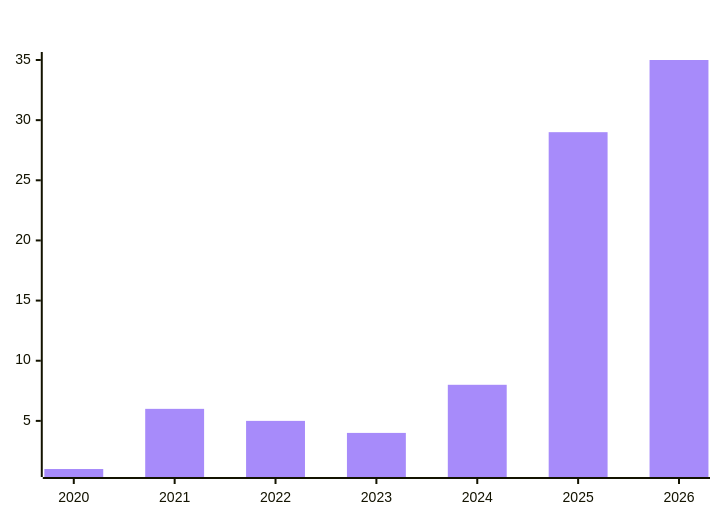
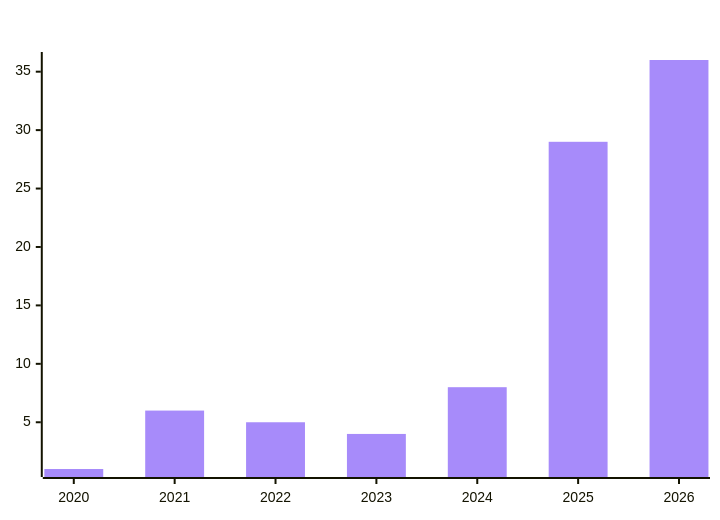
Before and after one commit to polo-nyan/polo-nyan: the third of 4 diagrams in README.md, drawn with Mermaid. The commit also changed other lines of this file and 1 other file, not shown here.

````diff
--- a/README.md
+++ b/README.md
@@ -238,7 +248,7 @@
 ```mermaid
 %%{init: {"xyChart": {"titleColor": "#ffffff", "xAxisLabelColor": "#ffffff", "yAxisLabelColor": "#ffffff"}, "themeVariables": {"xyChart": {"titleColor": "#ffffff", "plotColorPalette": "#a78bfa"}}}}%%
 xychart-beta
     title "Repos Created Per Year"
     x-axis ["2020", "2021", "2022", "2023", "2024", "2025", "2026"]
-    bar [1, 6, 5, 4, 8, 29, 35]
+    bar [1, 6, 5, 4, 8, 29, 36]
 ```
````
